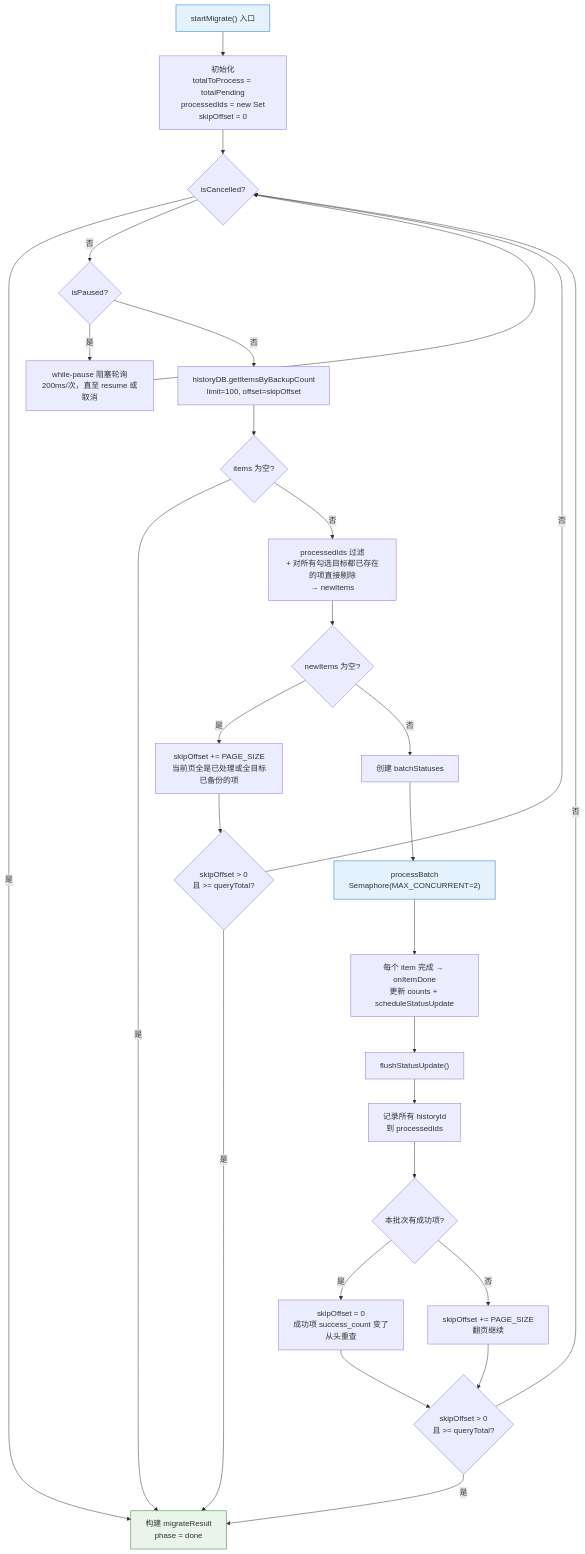
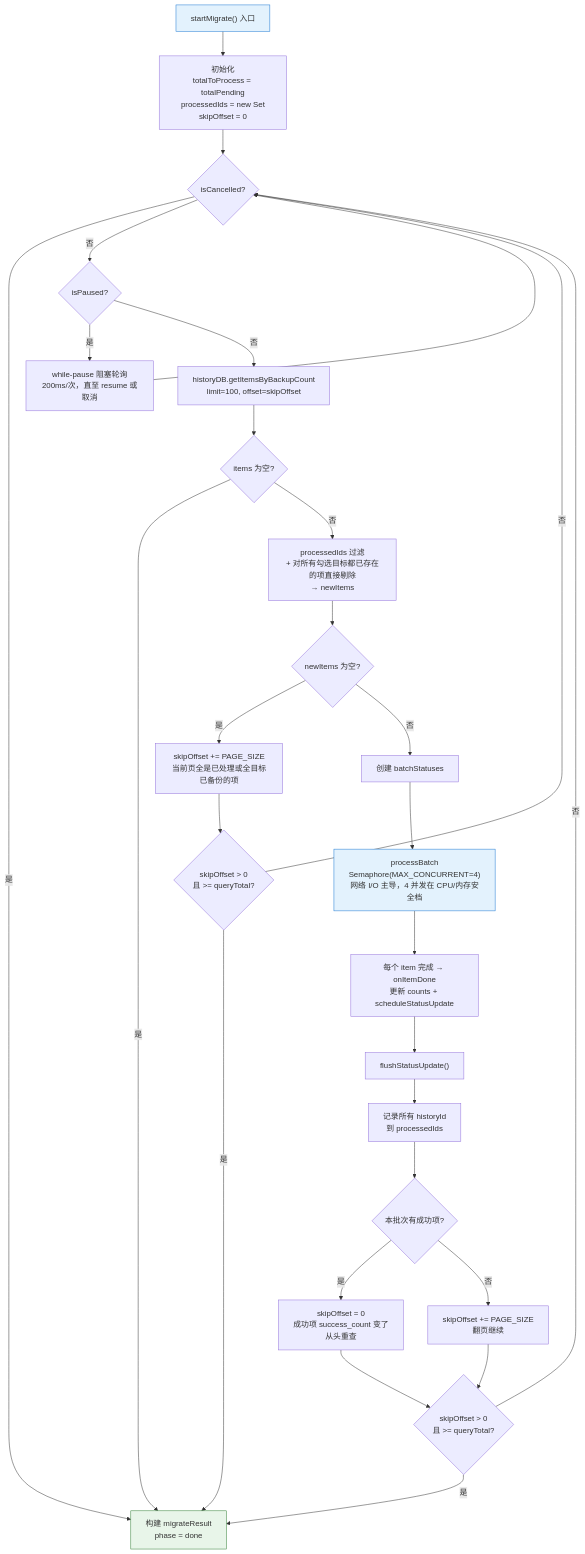
The fourth of 5 diagrams in docs/flows/batch-migrate-flow.md (joeyliu6/PicNexus), drawn with Mermaid before and after one commit. The commit also changed other lines of this file and 17 other files, not shown here.

````diff
--- a/docs/flows/batch-migrate-flow.md
+++ b/docs/flows/batch-migrate-flow.md
@@ -201,39 +208,39 @@
 ```mermaid
 flowchart TD
     A["startMigrate() 入口"] --> B["初始化<br/>totalToProcess = totalPending<br/>processedIds = new Set<br/>skipOffset = 0"]
     B --> C{isCancelled?}
     C -- 是 --> Z["构建 migrateResult<br/>phase = done"]
     C -- 否 --> CP{isPaused?}
     CP -- 是 --> CP1["while-pause 阻塞轮询<br/>200ms/次，直至 resume 或取消"]
     CP1 --> C
     CP -- 否 --> D["historyDB.getItemsByBackupCount<br/>limit=100, offset=skipOffset"]
 
     D --> E{items 为空?}
     E -- 是 --> Z
     E -- 否 --> F["processedIds 过滤<br/>+ 对所有勾选目标都已存在的项直接剔除<br/>→ newItems"]
 
     F --> G{newItems 为空?}
     G -- 是 --> H["skipOffset += PAGE_SIZE<br/>当前页全是已处理或全目标已备份的项"]
     H --> I{skipOffset > 0<br/>且 >= queryTotal?}
     I -- 是 --> Z
     I -- 否 --> C
 
     G -- 否 --> J["创建 batchStatuses"]
-    J --> K["processBatch<br/>Semaphore(MAX_CONCURRENT=2)"]
+    J --> K["processBatch<br/>Semaphore(MAX_CONCURRENT=4)<br/>网络 I/O 主导，4 并发在 CPU/内存安全档"]
     K --> L["每个 item 完成 → onItemDone<br/>更新 counts + scheduleStatusUpdate"]
     L --> M["flushStatusUpdate()"]
 
     M --> N["记录所有 historyId<br/>到 processedIds"]
     N --> O{本批次有成功项?}
     O -- "是" --> P["skipOffset = 0<br/>成功项 success_count 变了<br/>从头重查"]
     O -- "否" --> Q["skipOffset += PAGE_SIZE<br/>翻页继续"]
 
     P --> R{skipOffset > 0<br/>且 >= queryTotal?}
     Q --> R
     R -- 是 --> Z
     R -- 否 --> C
 
     style A fill:#e3f2fd,stroke:#1976d2
     style Z fill:#e8f5e9,stroke:#2e7d32
     style K fill:#e3f2fd,stroke:#1976d2
 ```
````
